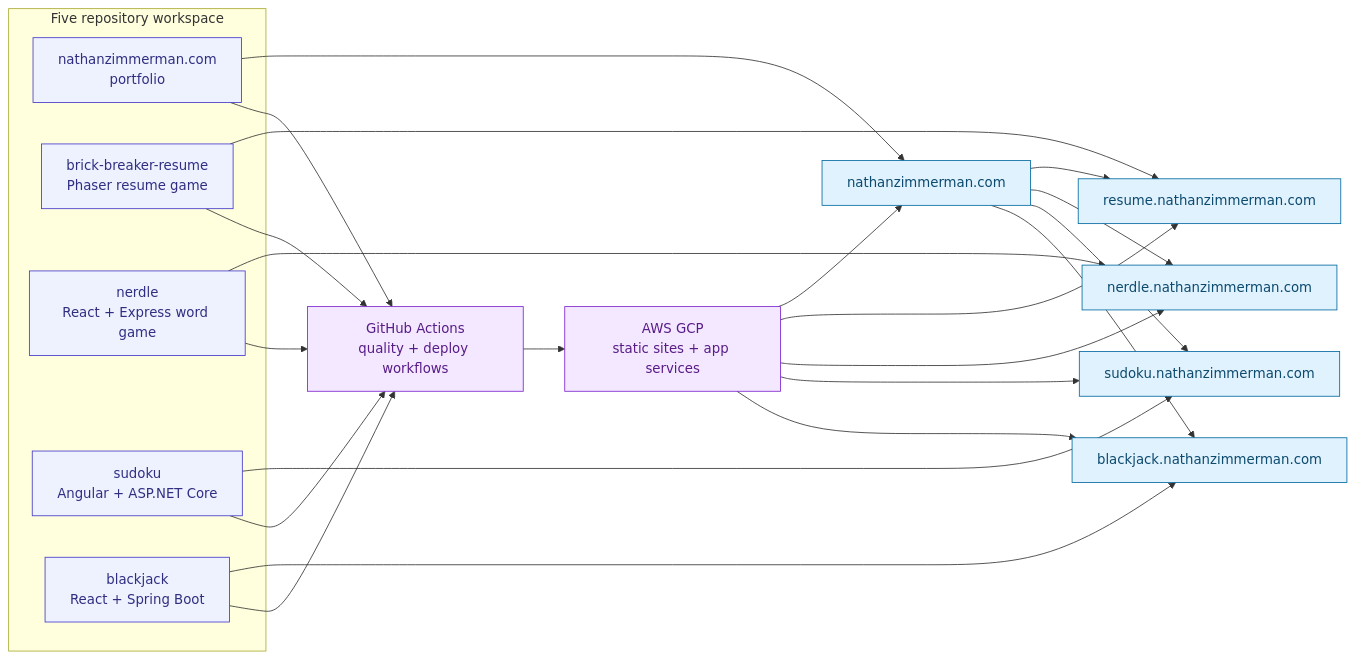
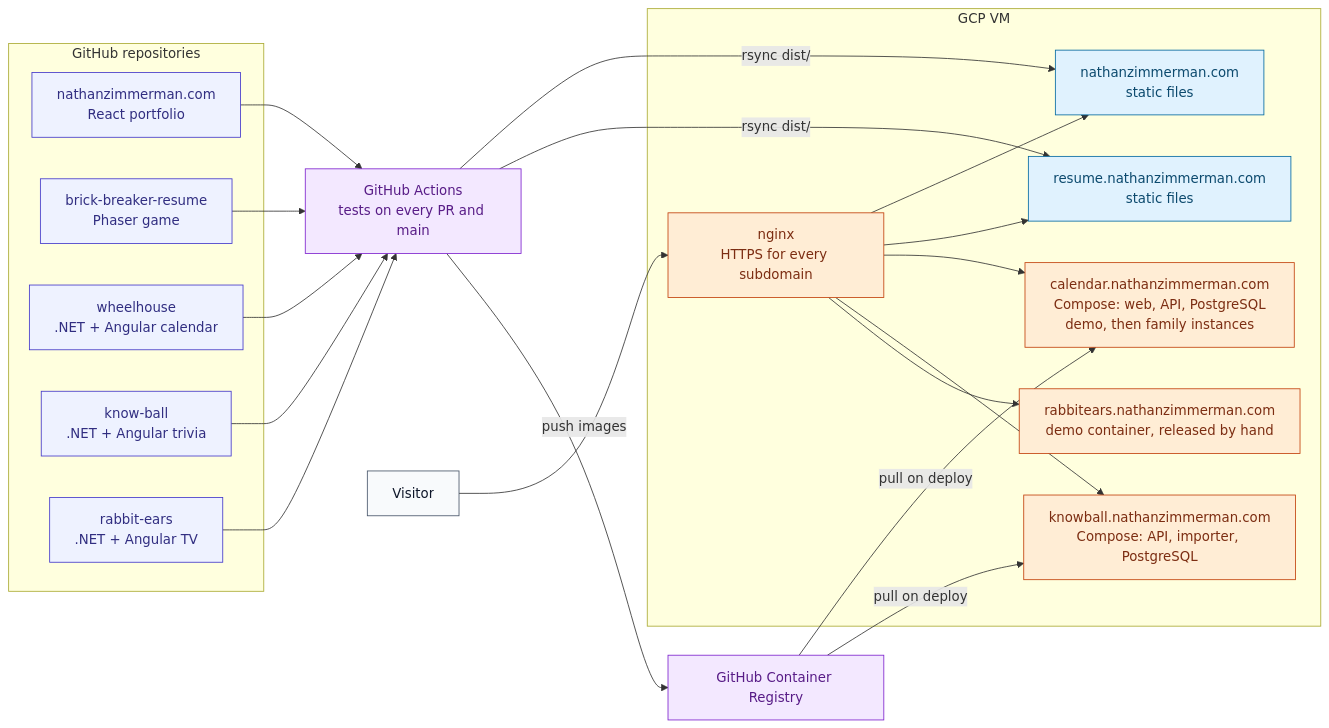
One commit to natezimm/nathanzimmerman.com changed the second of 2 diagrams in docs/architecture.md. Above: the diagram before and after it, drawn with Mermaid. The commit also changed other lines of this file and 54 other files, not shown here.

First line of the commit message:
Feature Wheelhouse, Know Ball, Rabbit Ears and Brick Breaker

````diff
--- a/docs/architecture.md
+++ b/docs/architecture.md
@@ -54,45 +58,41 @@
 ```mermaid
 flowchart LR
-  subgraph Workspace["Five repository workspace"]
-    PortfolioRepo["nathanzimmerman.com<br/>portfolio"]
-    BrickRepo["brick-breaker-resume<br/>Phaser resume game"]
-    NerdleRepo["nerdle<br/>React + Express word game"]
-    SudokuRepo["sudoku<br/>Angular + ASP.NET Core"]
-    BlackjackRepo["blackjack<br/>React + Spring Boot"]
+  subgraph Repos["GitHub repositories"]
+    PortfolioRepo["nathanzimmerman.com<br/>React portfolio"]
+    BrickRepo["brick-breaker-resume<br/>Phaser game"]
+    WheelhouseRepo["wheelhouse<br/>.NET + Angular calendar"]
+    KnowBallRepo["know-ball<br/>.NET + Angular trivia"]
+    RabbitRepo["rabbit-ears<br/>.NET + Angular TV"]
   end
 
-  PortfolioRepo --> PortfolioSite["nathanzimmerman.com"]
-  BrickRepo --> BrickSite["resume.nathanzimmerman.com"]
-  NerdleRepo --> NerdleSite["nerdle.nathanzimmerman.com"]
-  SudokuRepo --> SudokuSite["sudoku.nathanzimmerman.com"]
-  BlackjackRepo --> BlackjackSite["blackjack.nathanzimmerman.com"]
+  Actions["GitHub Actions<br/>tests on every PR and main"]
+  Ghcr["GitHub Container Registry"]
 
-  PortfolioSite --> BrickSite
-  PortfolioSite --> NerdleSite
-  PortfolioSite --> SudokuSite
-  PortfolioSite --> BlackjackSite
+  PortfolioRepo & BrickRepo & WheelhouseRepo & KnowBallRepo & RabbitRepo --> Actions
+  Actions -->|"rsync dist/"| PortfolioSite & BrickSite
+  Actions -->|"push images"| Ghcr
+  Ghcr -->|"pull on deploy"| WheelhouseSite & KnowBallSite
 
-  PortfolioRepo --> Actions["GitHub Actions<br/>quality + deploy workflows"]
-  BrickRepo --> Actions
-  NerdleRepo --> Actions
-  SudokuRepo --> Actions
-  BlackjackRepo --> Actions
-  Actions --> GCP["AWS GCP<br/>static sites + app services"]
-  GCP --> PortfolioSite
-  GCP --> BrickSite
-  GCP --> NerdleSite
-  GCP --> SudokuSite
-  GCP --> BlackjackSite
+  subgraph Vm["GCP VM"]
+    Nginx["nginx<br/>HTTPS for every subdomain"]
+    PortfolioSite["nathanzimmerman.com<br/>static files"]
+    BrickSite["resume.nathanzimmerman.com<br/>static files"]
+    WheelhouseSite["calendar.nathanzimmerman.com<br/>Compose: web, API, PostgreSQL<br/>demo, then family instances"]
+    KnowBallSite["knowball.nathanzimmerman.com<br/>Compose: API, importer, PostgreSQL"]
+    RabbitSite["rabbitears.nathanzimmerman.com<br/>demo container, released by hand"]
+  end
+
+  Visitor["Visitor"] --> Nginx
+  Nginx --> PortfolioSite & BrickSite & WheelhouseSite & KnowBallSite & RabbitSite
 
   classDef user fill:#f8fafc,stroke:#475569,color:#0f172a
   classDef site fill:#e0f2fe,stroke:#0369a1,color:#0c4a6e
   classDef server fill:#ffedd5,stroke:#c2410c,color:#7c2d12
   classDef repo fill:#eef2ff,stroke:#4338ca,color:#312e81
-  classDef client fill:#dcfce7,stroke:#15803d,color:#14532d
-  classDef data fill:#fef3c7,stroke:#b45309,color:#78350f
   classDef delivery fill:#f3e8ff,stroke:#7e22ce,color:#581c87
-  classDef external fill:#fee2e2,stroke:#b91c1c,color:#7f1d1d
-  class PortfolioRepo,BrickRepo,NerdleRepo,SudokuRepo,BlackjackRepo repo
-  class PortfolioSite,BrickSite,NerdleSite,SudokuSite,BlackjackSite site
-  class Actions,GCP delivery
+  class Visitor user
+  class PortfolioRepo,BrickRepo,WheelhouseRepo,KnowBallRepo,RabbitRepo repo
+  class PortfolioSite,BrickSite site
+  class Nginx,WheelhouseSite,KnowBallSite,RabbitSite server
+  class Actions,Ghcr delivery
 ```
````
